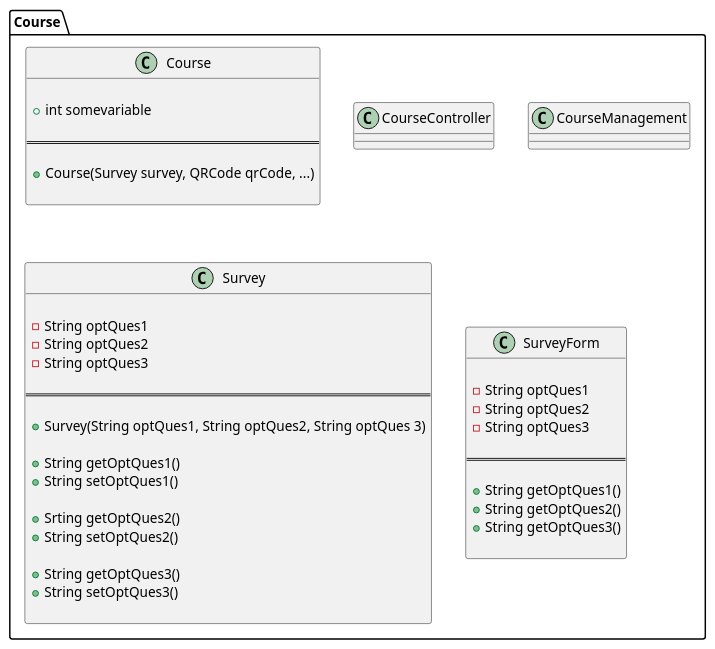
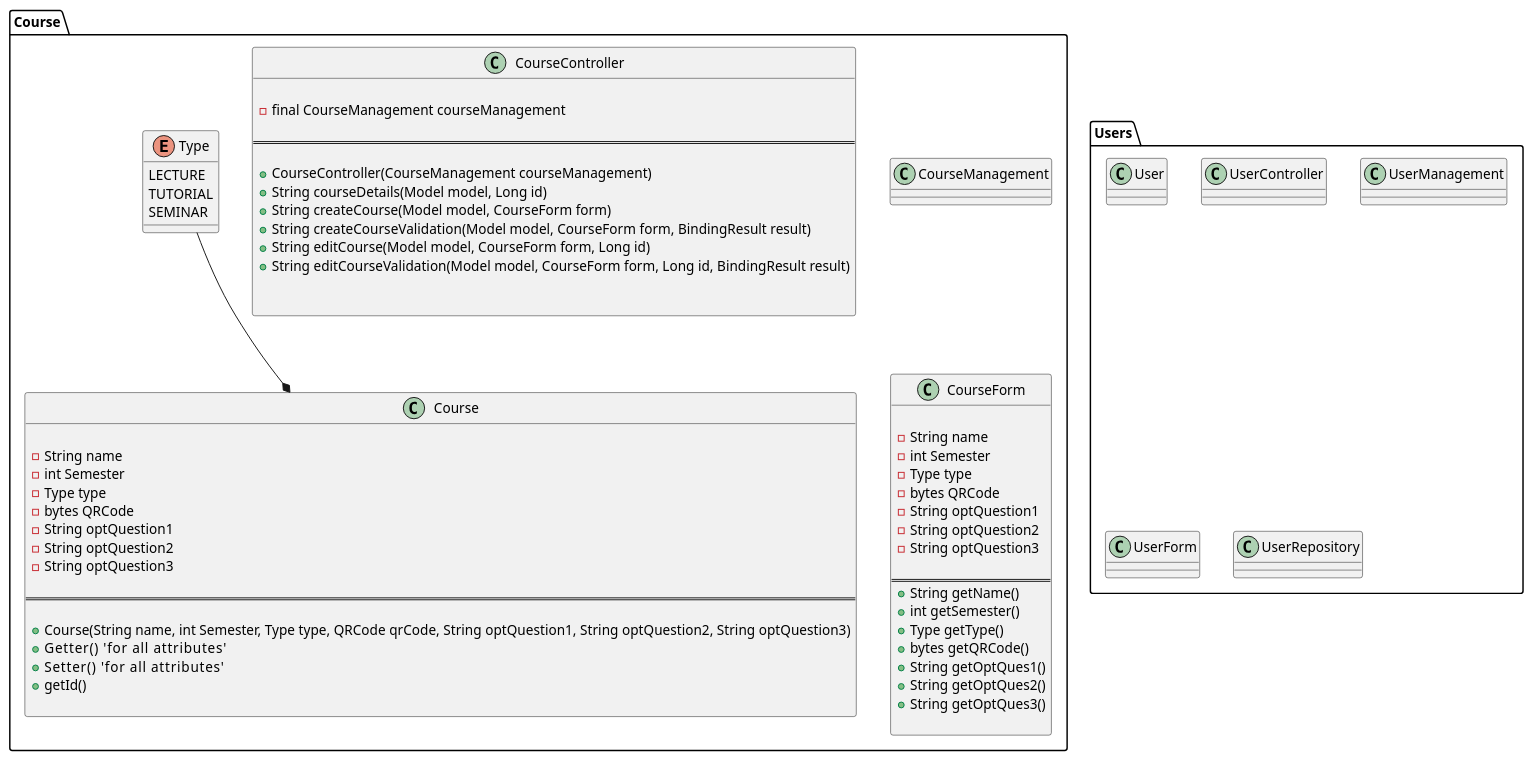
The diagram in src/main/documentation/diagrams/src/architecture_overview.wsd (Elocien/QOVA), drawn with PlantUML before and after one commit.

Commit message:
More modelling

```diff
--- a/src/main/documentation/diagrams/src/architecture_overview.wsd
+++ b/src/main/documentation/diagrams/src/architecture_overview.wsd
@@ -5,62 +5,105 @@
 @startuml qovaArchitecture 
 
 package Course{
 
     class Course{
 
-        + int somevariable
+        - String name
+        - int Semester
+        - Type type
+        - bytes QRCode
+        - String optQuestion1
+        - String optQuestion2
+        - String optQuestion3
 
 ==
 
         'Constructor'
-        + Course(Survey survey, QRCode qrCode, ...)   
+        + Course(String name, int Semester, Type type, QRCode qrCode, String optQuestion1, String optQuestion2, String optQuestion3)
+        + Getter()       'for all attributes' 
+        + Setter()       'for all attributes' 
+        + getId()
 
     }
 
     class CourseController{
+       
+        - final CourseManagement courseManagement
+
+==
+
+        + CourseController(CourseManagement courseManagement) 
+        + String courseDetails(Model model, Long id)
+            'GetMapping method'
+        + String createCourse(Model model, CourseForm form)         
+            'PostMapping method to verify user input'                            
+        + String createCourseValidation(Model model, CourseForm form, BindingResult result)
+            'GetMapping method'
+        + String editCourse(Model model, CourseForm form, Long id)
+            'PostMapping method to validate user input'
+        + String editCourseValidation(Model model, CourseForm form, Long id, BindingResult result)
+
 
     }
 
     class CourseManagement{
 
     }
 
-
-    class Survey{
-
-        - String optQues1
-        - String optQues2
-        - String optQues3
+    class CourseForm{
+        
+        - String name
+        - int Semester
+        - Type type
+        - bytes QRCode
+        - String optQuestion1
+        - String optQuestion2
+        - String optQuestion3
 
 ==
-
-        + Survey(String optQues1, String optQues2, String optQues 3)
-
-        + String getOptQues1()
-        + String setOptQues1()
-
-        + Srting getOptQues2()
-        + String setOptQues2()
-
-        + String getOptQues3()
-        + String setOptQues3()
-
-    }
-
-    class SurveyForm{
-        
-        - String optQues1
-        - String optQues2
-        - String optQues3
-
-==
-
+        + String getName()
+        + int getSemester()
+        + Type getType()
+        + bytes getQRCode()
         + String getOptQues1()
         + String getOptQues2()
         + String getOptQues3()
 
     }
 
+    enum Type {
+        LECTURE
+        TUTORIAL
+        SEMINAR
+    }
+
+
+    'Relations'
+    Type --* Course
+
+
+}
+
+package Users{
+    class User{
+
+    }
+
+    class UserController{
+
+    }
+
+    class UserManagement{
+
+    }
+
+    class UserForm{
+
+    }
+
+    class UserRepository{
+
+    }
 }
 
 @enduml
```
